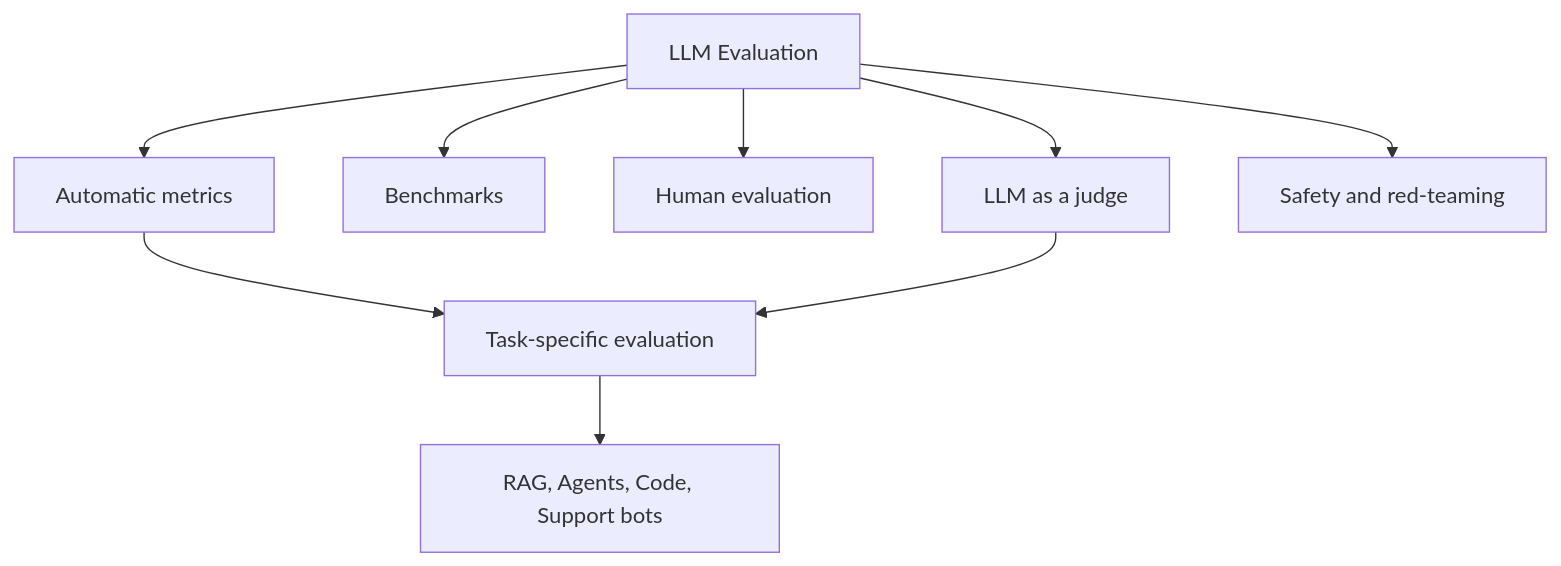
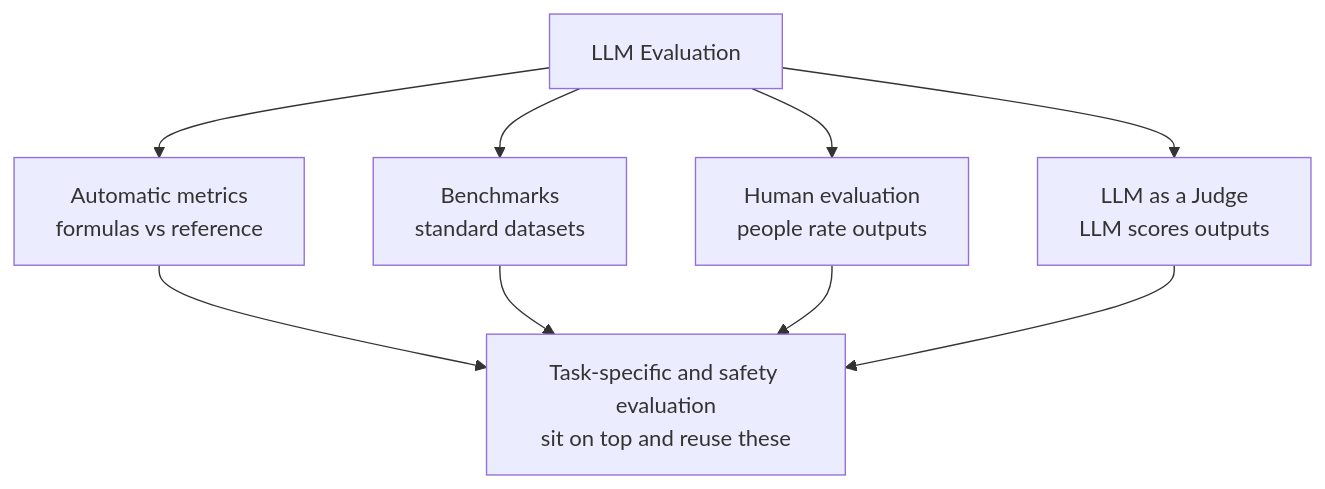
Before and after one commit to kaisarnajar/outcome-school-blogs: the diagram in notes/step-13-evaluation-and-observability/165-llm-evaluation.md, drawn with Mermaid. The commit also changed other lines of this file and 233 other files, not shown here.

````diff
--- a/notes/step-13-evaluation-and-observability/165-llm-evaluation.md
+++ b/notes/step-13-evaluation-and-observability/165-llm-evaluation.md
@@ -44,11 +23,11 @@
 ```mermaid
 flowchart TD
-    A["LLM Evaluation"] --> B["Automatic metrics"]
-    A --> C["Benchmarks"]
-    A --> D["Human evaluation"]
-    A --> E["LLM as a judge"]
-    B --> F["Task-specific evaluation"]
-    E --> F
-    F --> G["RAG, Agents, Code, Support bots"]
-    A --> H["Safety and red-teaming"]
+    EV["LLM Evaluation"] --> M1["Automatic metrics<br/>formulas vs reference"]
+    EV --> M2["Benchmarks<br/>standard datasets"]
+    EV --> M3["Human evaluation<br/>people rate outputs"]
+    EV --> M4["LLM as a Judge<br/>LLM scores outputs"]
+    M1 --> L["Task-specific and safety evaluation<br/>sit on top and reuse these"]
+    M2 --> L
+    M3 --> L
+    M4 --> L
 ```
````
